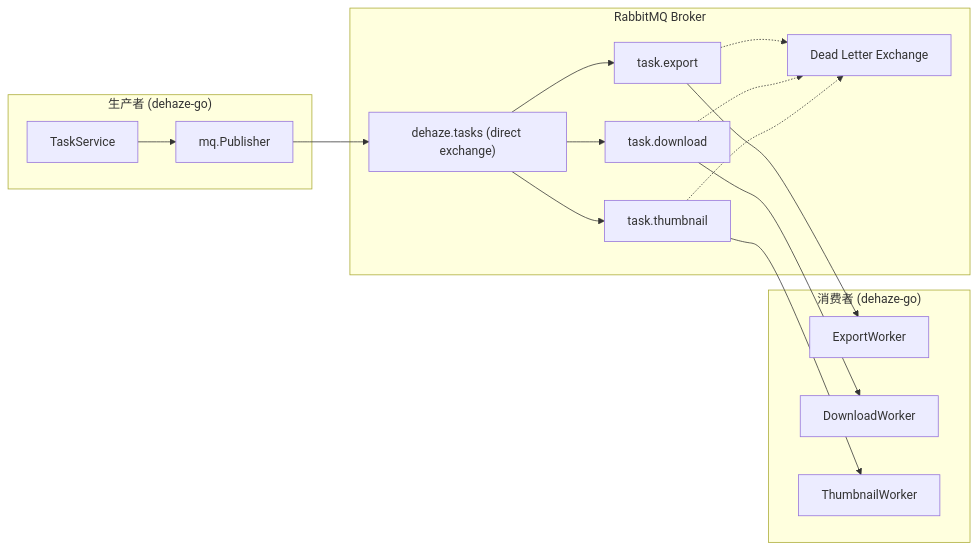
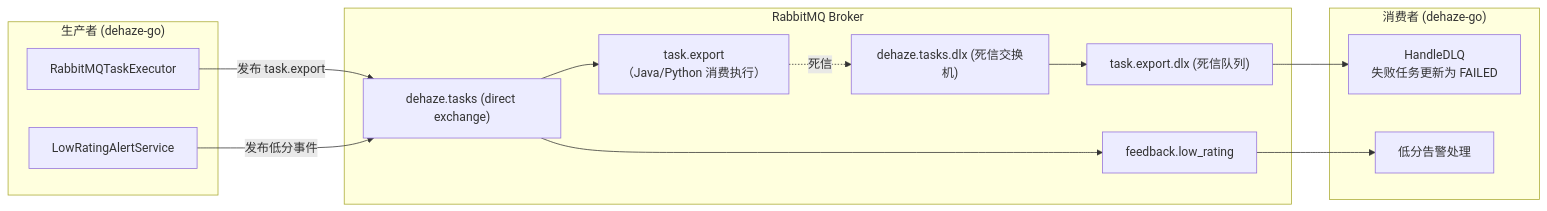
Before and after one commit to earthy-zinc/dehaze-system: the sixth of 7 diagrams in dehaze-doc/docs/04-项目实现/后端/02-Go架构文档.md, drawn with Mermaid. The commit also changed other lines of this file and 24 other files, not shown here.

First line of the commit message:
docs: add and update multiple architecture documents

````diff
--- a/dehaze-doc/docs/04-项目实现/后端/02-Go架构文档.md
+++ b/dehaze-doc/docs/04-项目实现/后端/02-Go架构文档.md
@@ -254,30 +299,26 @@
 ```mermaid
 flowchart LR
     subgraph Producer["生产者 (dehaze-go)"]
-        TaskService["TaskService"]
-        Publisher["mq.Publisher"]
+        TaskExecutor["RabbitMQTaskExecutor"]
+        LowRatingAlert["LowRatingAlertService"]
     end
 
     subgraph RabbitMQ["RabbitMQ Broker"]
         Exchange["dehaze.tasks (direct exchange)"]
-        Q1["task.export"]
-        Q2["task.download"]
-        Q3["task.thumbnail"]
-        DLX["Dead Letter Exchange"]
+        QExport["task.export<br/>（Java/Python 消费执行）"]
+        QFeedback["feedback.low_rating"]
+        DLX["dehaze.tasks.dlx (死信交换机)"]
+        DLQ["task.export.dlx (死信队列)"]
     end
 
     subgraph Consumer["消费者 (dehaze-go)"]
-        Worker1["ExportWorker"]
-        Worker2["DownloadWorker"]
-        Worker3["ThumbnailWorker"]
+        DLQHandler["HandleDLQ<br/>失败任务更新为 FAILED"]
+        AlertHandler["低分告警处理"]
     end
 
-    TaskService --> Publisher
-    Publisher --> Exchange
-    Exchange --> Q1 --> Worker1
-    Exchange --> Q2 --> Worker2
-    Exchange --> Q3 --> Worker3
-    Q1 -.-> DLX
-    Q2 -.-> DLX
-    Q3 -.-> DLX
+    TaskExecutor -->|发布 task.export| Exchange
+    LowRatingAlert -->|发布低分事件| Exchange
+    Exchange --> QExport
+    Exchange --> QFeedback --> AlertHandler
+    QExport -.死信.-> DLX --> DLQ --> DLQHandler
 ```
````
